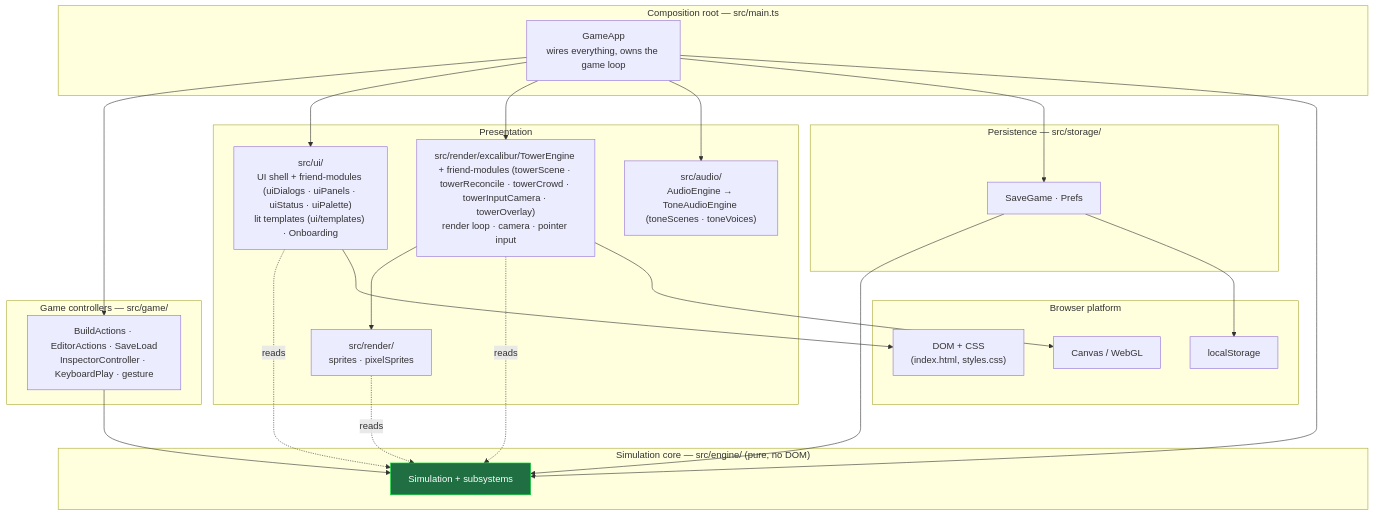
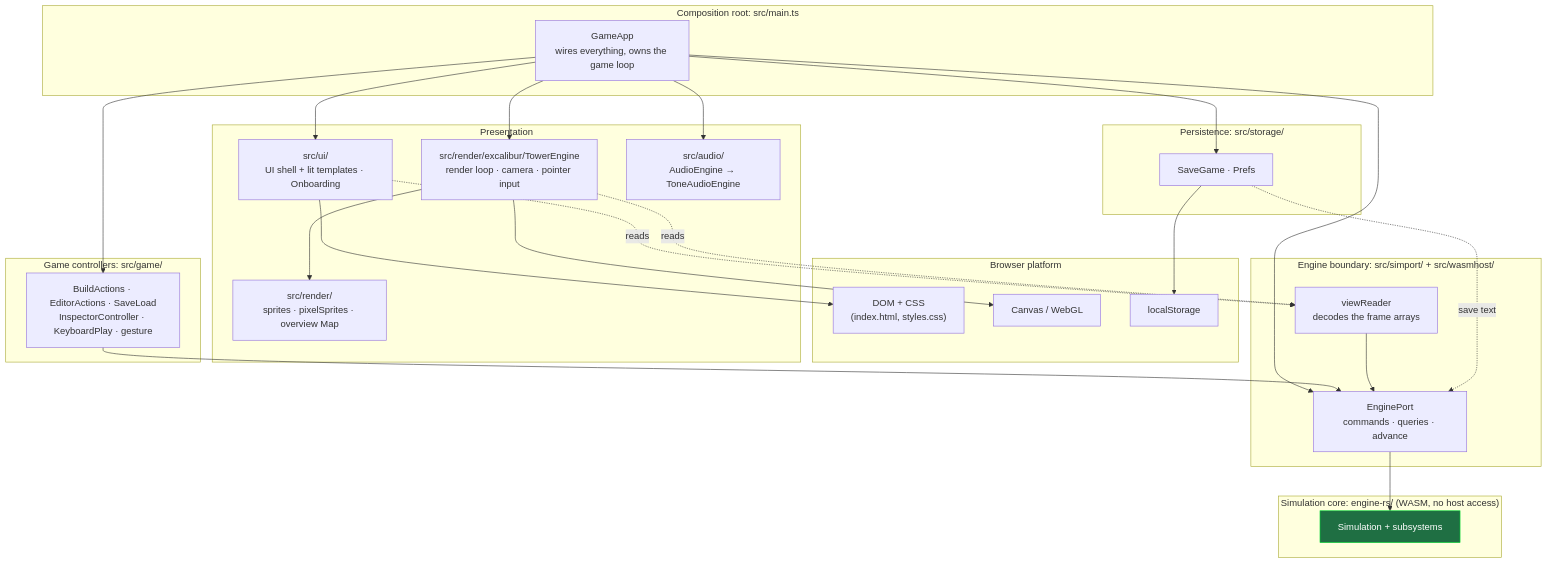
One commit to maniator/verticopolis changed the first of 7 diagrams in ARCHITECTURE.md. Above: the diagram before and after it, drawn with Mermaid. The commit also changed other lines of this file and 3 other files, not shown here.

First line of the commit message:
Refresh the root README for the Rust-only engine (#1914)

````diff
--- a/ARCHITECTURE.md
+++ b/ARCHITECTURE.md
@@ -22,52 +64,58 @@
 ```mermaid
 flowchart TD
     subgraph browser["Browser platform"]
         DOM["DOM + CSS<br/>(index.html, styles.css)"]
         Canvas["Canvas / WebGL"]
         LS["localStorage"]
     end
 
-    subgraph root["Composition root — src/main.ts"]
+    subgraph root["Composition root: src/main.ts"]
         GameApp["GameApp<br/>wires everything, owns the game loop"]
     end
 
-    subgraph controllers["Game controllers — src/game/"]
+    subgraph controllers["Game controllers: src/game/"]
         Ctl["BuildActions · EditorActions · SaveLoad<br/>InspectorController · KeyboardPlay · gesture"]
     end
 
     subgraph view["Presentation"]
-        UI["src/ui/<br/>UI shell + friend-modules (uiDialogs · uiPanels · uiStatus · uiPalette)<br/>lit templates (ui/templates) · Onboarding"]
-        Render["src/render/<br/>sprites · pixelSprites"]
-        Engine3D["src/render/excalibur/TowerEngine + friend-modules (towerScene · towerReconcile · towerCrowd · towerInputCamera · towerOverlay)<br/>render loop · camera · pointer input"]
-        Audio["src/audio/<br/>AudioEngine → ToneAudioEngine (toneScenes · toneVoices)"]
+        UI["src/ui/<br/>UI shell + lit templates · Onboarding"]
+        Render["src/render/<br/>sprites · pixelSprites · overview Map"]
+        Scene["src/render/excalibur/TowerEngine<br/>render loop · camera · pointer input"]
+        Audio["src/audio/<br/>AudioEngine → ToneAudioEngine"]
     end
 
-    subgraph storage["Persistence — src/storage/"]
+    subgraph storage["Persistence: src/storage/"]
         Save["SaveGame · Prefs"]
     end
 
-    subgraph engine["Simulation core — src/engine/ (pure, no DOM)"]
+    subgraph port["Engine boundary: src/simport/ + src/wasmhost/"]
+        Port["EnginePort<br/>commands · queries · advance"]
+        Reader["viewReader<br/>decodes the frame arrays"]
+    end
+
+    subgraph engine["Simulation core: engine-rs/ (WASM, no host access)"]
         Sim["Simulation + subsystems"]
     end
 
     GameApp --> Ctl
     GameApp --> UI
-    GameApp --> Engine3D
+    GameApp --> Scene
     GameApp --> Audio
     GameApp --> Save
-    GameApp --> Sim
+    GameApp --> Port
 
-    Ctl --> Sim
-    UI -. reads .-> Sim
-    Render -. reads .-> Sim
-    Engine3D --> Render
-    Engine3D -. reads .-> Sim
-    Save --> Sim
+    Ctl --> Port
+    Port --> Sim
+    Reader --> Port
+    UI -. reads .-> Reader
+    Scene -. reads .-> Reader
+    Scene --> Render
+    Save -. save text .-> Port
 
-    Engine3D --> Canvas
+    Scene --> Canvas
     UI --> DOM
     Save --> LS
 
     classDef core fill:#1f6f43,stroke:#0d3,color:#fff;
     class Sim core
 ```
````
